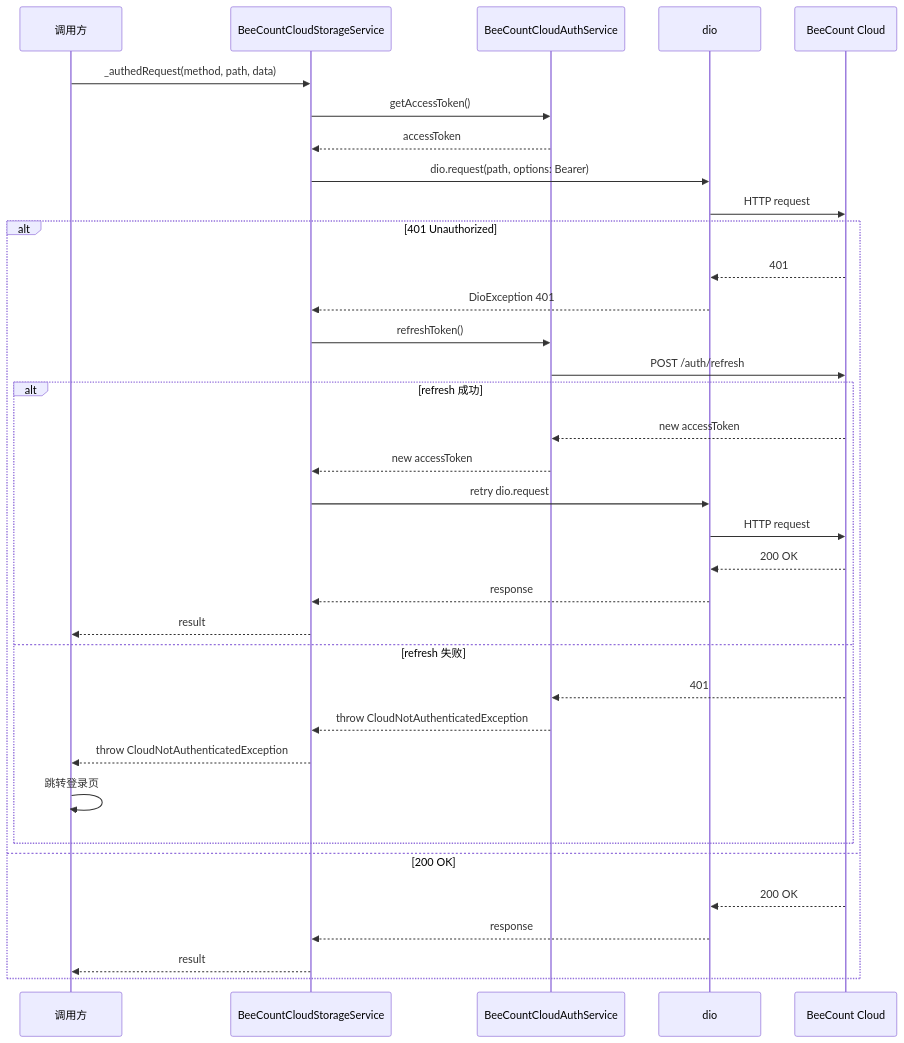
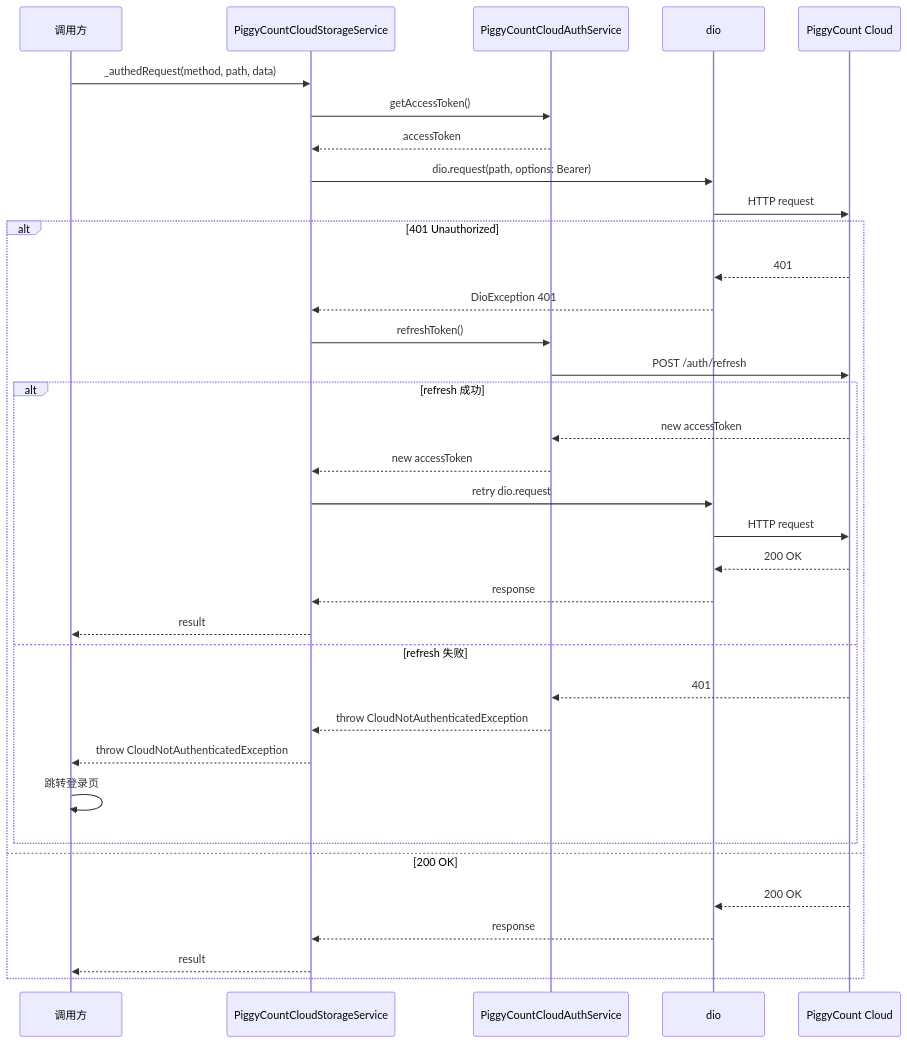
Before and after one commit to mecoren/PiggyCount: the sixth of 9 diagrams in docoments/09-error-handling.md, drawn with Mermaid. The commit also changed other lines of this file and 91 other files, not shown here.

````diff
--- a/docoments/09-error-handling.md
+++ b/docoments/09-error-handling.md
@@ -290,39 +290,39 @@
 ```mermaid
 sequenceDiagram
     participant Caller as 调用方
-    participant Storage as BeeCountCloudStorageService
-    participant Auth as BeeCountCloudAuthService
+    participant Storage as PiggyCountCloudStorageService
+    participant Auth as PiggyCountCloudAuthService
     participant HTTP as dio
-    participant Server as BeeCount Cloud
+    participant Server as PiggyCount Cloud
 
     Caller->>Storage: _authedRequest(method, path, data)
     Storage->>Auth: getAccessToken()
     Auth-->>Storage: accessToken
     Storage->>HTTP: dio.request(path, options: Bearer)
     HTTP->>Server: HTTP request
 
     alt 401 Unauthorized
         Server-->>HTTP: 401
         HTTP-->>Storage: DioException 401
         Storage->>Auth: refreshToken()
         Auth->>Server: POST /auth/refresh
         alt refresh 成功
             Server-->>Auth: new accessToken
             Auth-->>Storage: new accessToken
             Storage->>HTTP: retry dio.request
             HTTP->>Server: HTTP request
             Server-->>HTTP: 200 OK
             HTTP-->>Storage: response
             Storage-->>Caller: result
         else refresh 失败
             Server-->>Auth: 401
             Auth-->>Storage: throw CloudNotAuthenticatedException
             Storage-->>Caller: throw CloudNotAuthenticatedException
             Caller->>Caller: 跳转登录页
         end
     else 200 OK
         Server-->>HTTP: 200 OK
         HTTP-->>Storage: response
         Storage-->>Caller: result
     end
 ```
````
